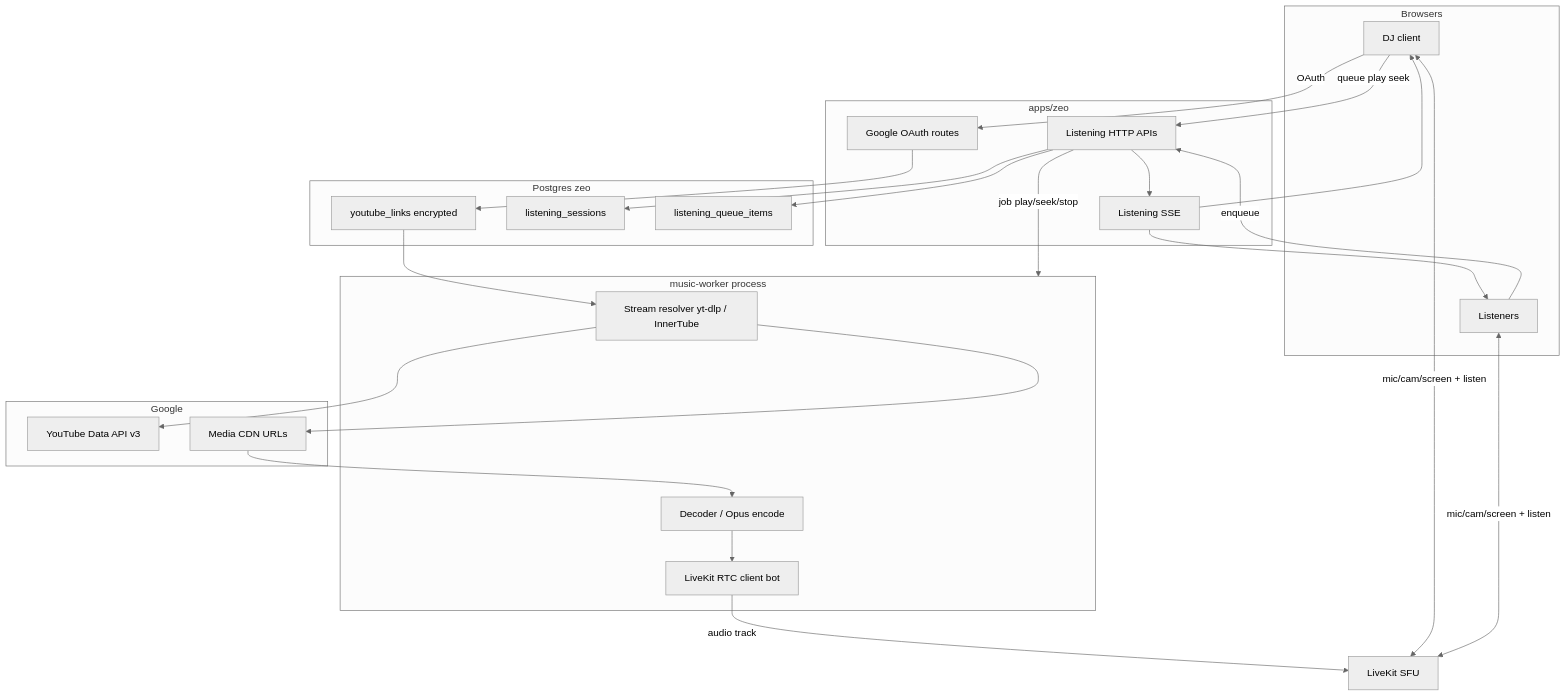
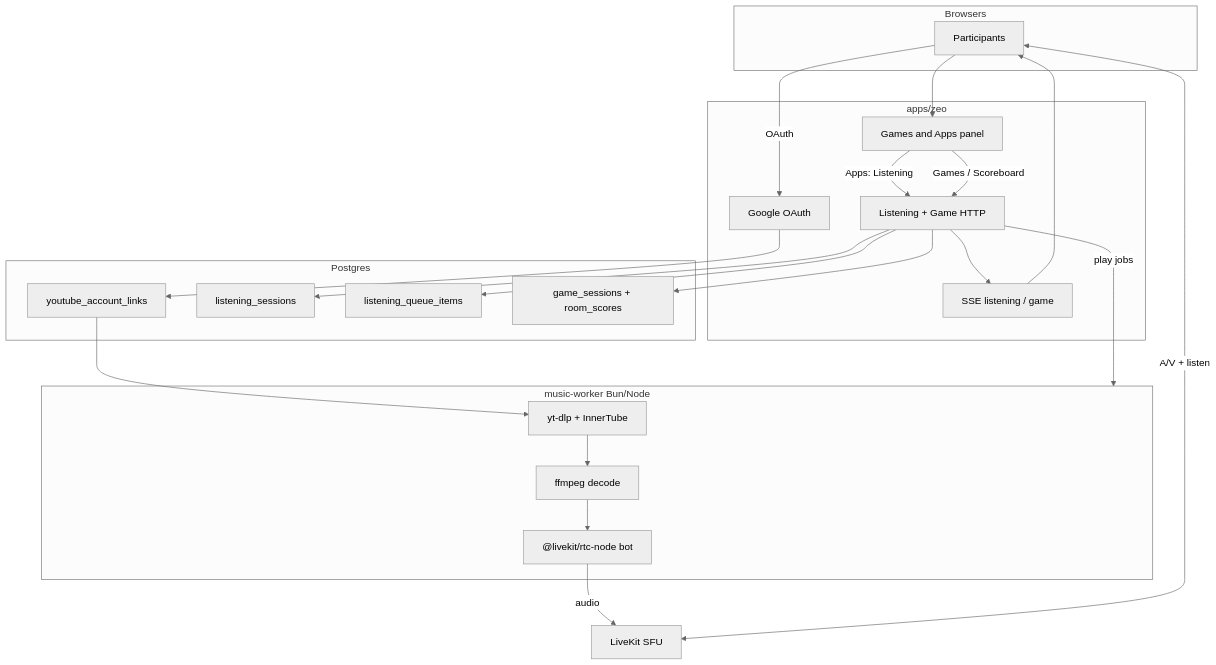
The diagram in _bmad-output/zeo/planning-artifacts/shared-listening-decisions.md (Z0XM/pocket-dimension), drawn with Mermaid (neutral theme) before and after one commit. The commit also changed other lines of this file, not shown here.

First line of the commit message:
Lock shared listening decisions and Games and Apps shell.

````diff
--- a/_bmad-output/zeo/planning-artifacts/shared-listening-decisions.md
+++ b/_bmad-output/zeo/planning-artifacts/shared-listening-decisions.md
@@ -121,49 +165,42 @@
 ```mermaid
 flowchart TB
   subgraph clients [Browsers]
-    DJ[DJ client]
-    L1[Listeners]
+    P[Participants]
   end
 
   subgraph zeo [apps/zeo]
-    API[Listening HTTP APIs]
-    SSE[Listening SSE]
-    OAuth[Google OAuth routes]
+    GAP[Games and Apps panel]
+    API[Listening + Game HTTP]
+    SSE[SSE listening / game]
+    OAuth[Google OAuth]
   end
 
-  subgraph data [Postgres zeo]
-    TOK[youtube_links encrypted]
+  subgraph data [Postgres]
+    TOK[youtube_account_links]
     LS[listening_sessions]
     LQ[listening_queue_items]
+    GS[game_sessions + room_scores]
   end
 
-  subgraph worker [music-worker process]
-    RES[Stream resolver yt-dlp / InnerTube]
-    DEC[Decoder / Opus encode]
-    BOT[LiveKit RTC client bot]
+  subgraph worker [music-worker Bun/Node]
+    RES[yt-dlp + InnerTube]
+    DEC[ffmpeg decode]
+    BOT["@livekit/rtc-node bot"]
   end
 
-  subgraph google [Google]
-    GAPI[YouTube Data API v3]
-    CDN[Media CDN URLs]
-  end
-
-  DJ -->|OAuth| OAuth
+  P --> GAP
+  GAP -->|Apps: Listening| API
+  GAP -->|Games / Scoreboard| API
+  P -->|OAuth| OAuth
   OAuth --> TOK
-  DJ -->|queue play seek| API
-  L1 -->|enqueue| API
   API --> LS
   API --> LQ
+  API --> GS
   API --> SSE
-  SSE --> DJ
-  SSE --> L1
-  API -->|job play/seek/stop| worker
+  SSE --> P
+  API -->|play jobs| worker
   TOK --> RES
-  RES --> GAPI
-  RES --> CDN
-  CDN --> DEC
-  DEC --> BOT
-  BOT -->|audio track| LK[LiveKit SFU]
-  DJ <-->|mic/cam/screen + listen| LK
-  L1 <-->|mic/cam/screen + listen| LK
+  RES --> DEC --> BOT
+  BOT -->|audio| LK[LiveKit SFU]
+  P <-->|A/V + listen| LK
 ```
````
